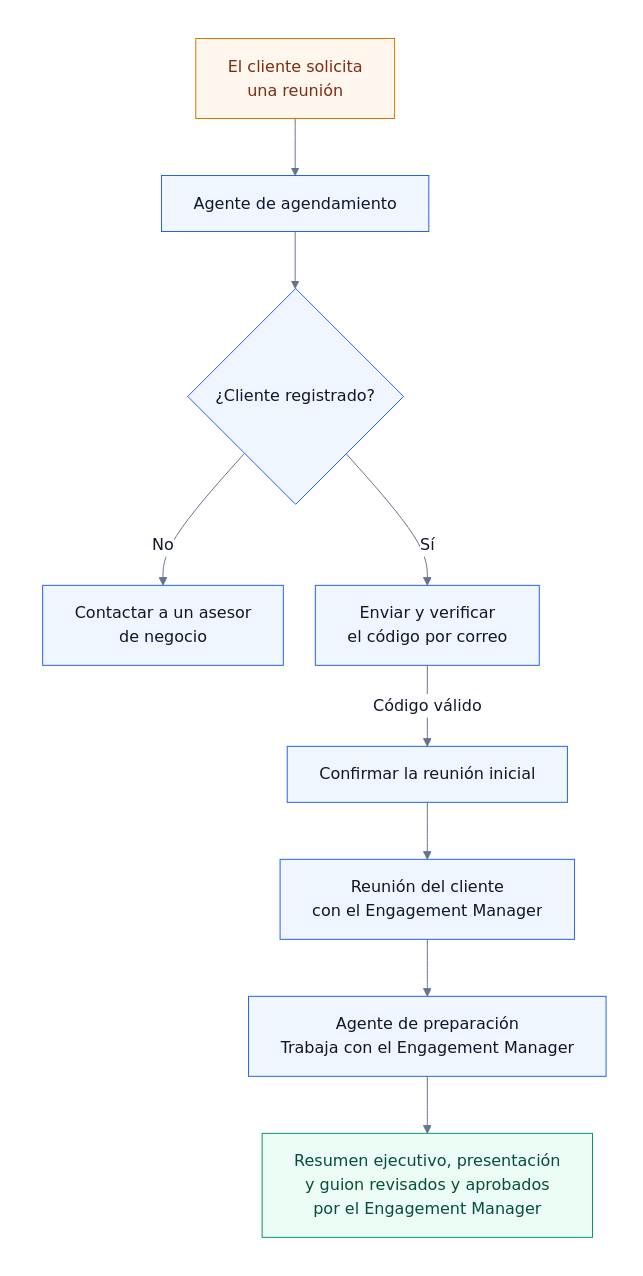
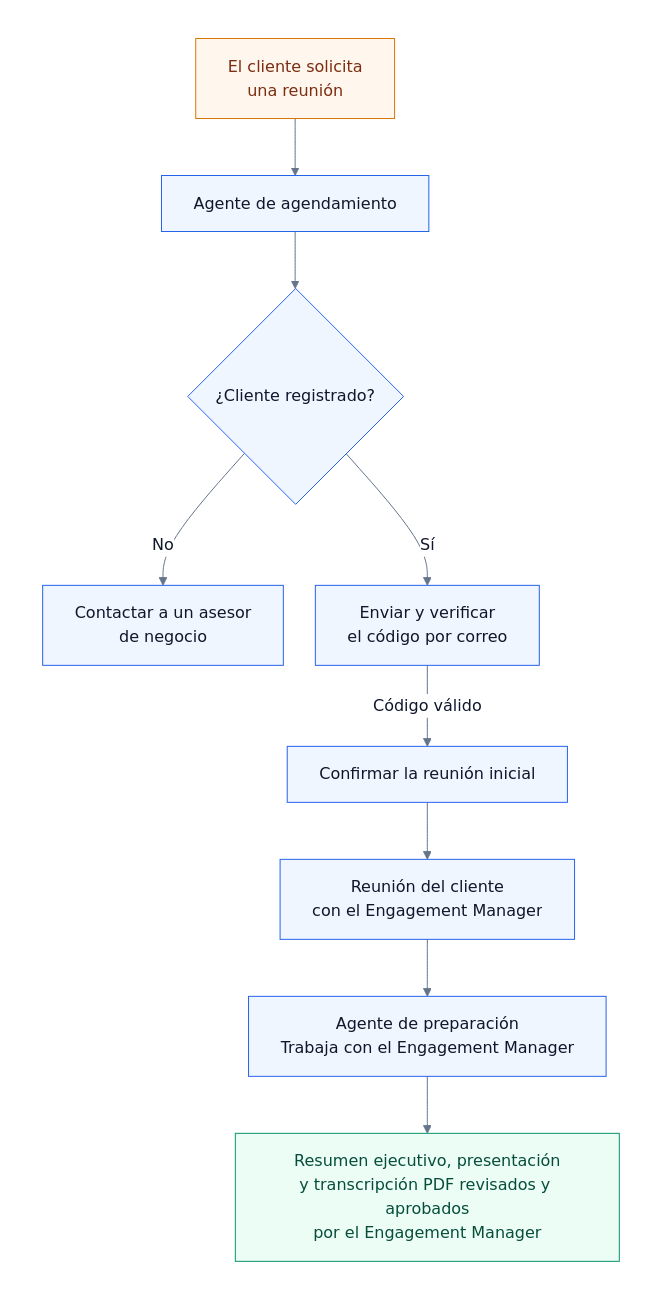
One commit to marcor0311/aws-cloud-consultant-agent changed the first of 6 diagrams in issues.md. Above: the diagram before and after it, drawn with Mermaid. The commit also changed other lines of this file and 71 other files, not shown here.

````diff
--- a/issues.md
+++ b/issues.md
@@ -9,21 +9,21 @@
 ```mermaid
 %%{init: {"theme": "base", "look": "classic", "fontFamily": "Arial, sans-serif", "themeVariables": {"darkMode": false, "background": "#ffffff", "fontFamily": "Arial, sans-serif", "fontSize": "16px", "primaryColor": "#eff6ff", "primaryTextColor": "#0f172a", "primaryBorderColor": "#2563eb", "lineColor": "#64748b", "edgeLabelBackground": "#ffffff", "clusterBkg": "#ffffff", "clusterBorder": "#ffffff"}, "flowchart": {"diagramPadding": 0, "wrappingWidth": 320, "nodeSpacing": 32, "rankSpacing": 32, "padding": 16}}}%%
 flowchart TB
     subgraph lienzo[" "]
         direction TB
         cliente["El cliente solicita<br/>una reunión"] --> voz["Agente de agendamiento"]
         voz --> registro{"¿Cliente registrado?"}
         registro -->|No| asesor["Contactar a un asesor<br/>de negocio"]
         registro -->|Sí| codigo["Enviar y verificar<br/>el código por correo"]
         codigo -->|Código válido| agenda["Confirmar la reunión inicial"]
         agenda --> reunion["Reunión del cliente<br/>con el Engagement Manager"]
         reunion --> preparacion["Agente de preparación<br/>Trabaja con el Engagement Manager"]
-        preparacion --> entrega["Resumen ejecutivo, presentación<br/>y guion revisados y aprobados<br/>por el Engagement Manager"]
+        preparacion --> entrega["Resumen ejecutivo, presentación<br/>y transcripción PDF revisados y aprobados<br/>por el Engagement Manager"]
         classDef default fill:#eff6ff,stroke:#2563eb,color:#0f172a;
         classDef inicio fill:#fff7ed,stroke:#d97706,color:#7c2d12;
         classDef handoff fill:#ecfdf5,stroke:#059669,color:#064e3b;
         class cliente inicio;
         class entrega handoff;
     end
     style lienzo fill:#ffffff,stroke:#ffffff,stroke-width:128px;
 ```
````
